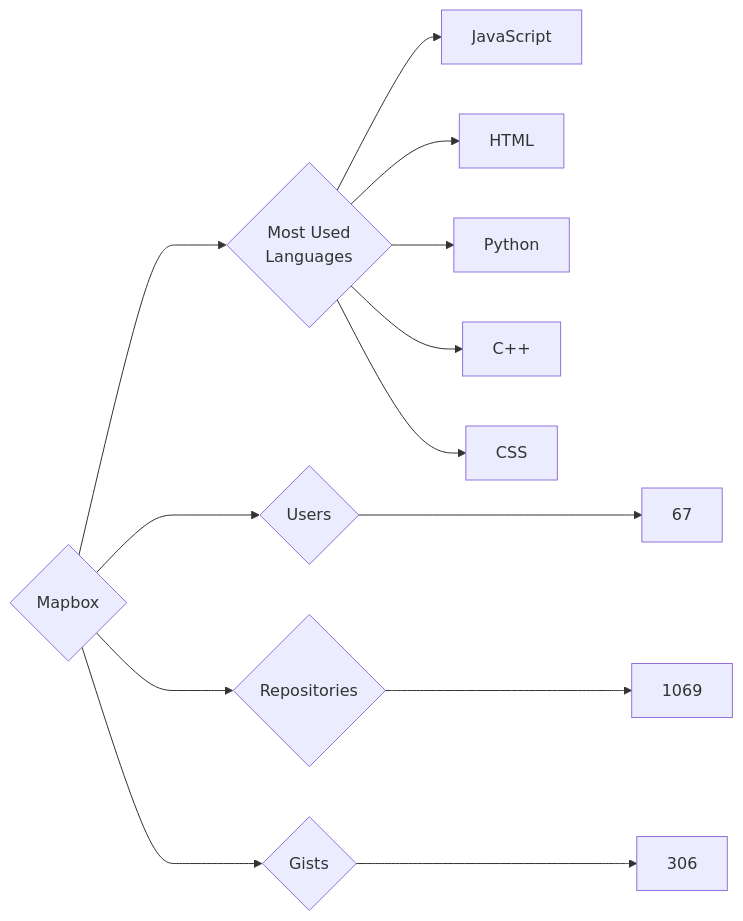
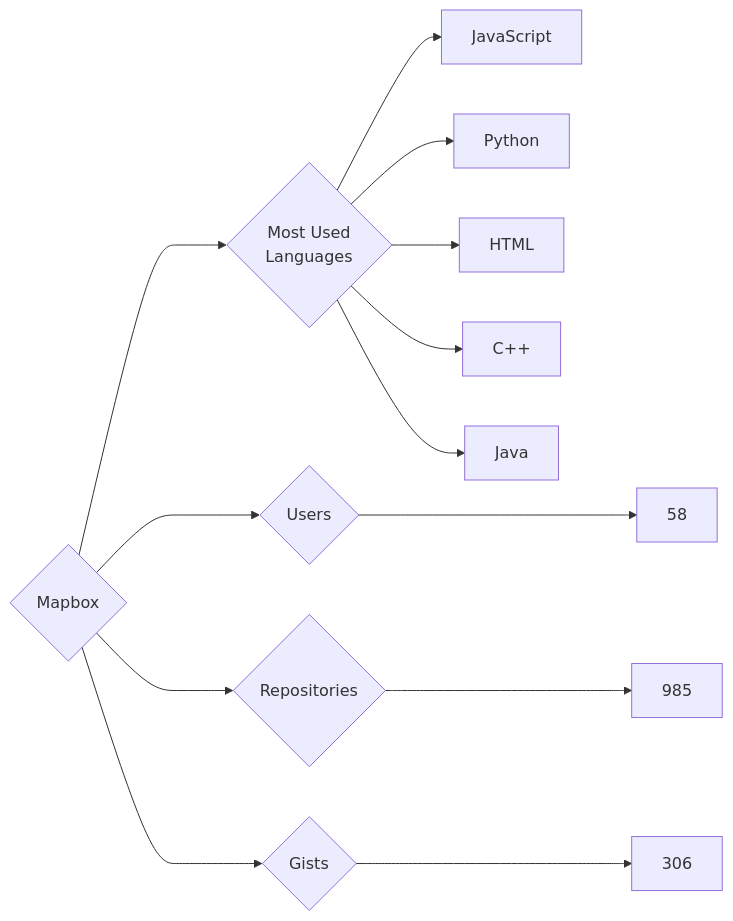
Before and after one commit to trickest/insiders: the diagram in targets/Mapbox/README.md, drawn with Mermaid. The commit also changed 965 other files, not shown here.

````diff
--- a/targets/Mapbox/README.md
+++ b/targets/Mapbox/README.md
@@ -3,13 +3,13 @@
 ```mermaid
 graph LR
 COMPANY_NAME{Mapbox}
-COMPANY_NAME ---> U{Users} ---> UN[67]
-COMPANY_NAME ---> R{Repositories} ---> RN[1069]
+COMPANY_NAME ---> U{Users} ---> UN[58]
+COMPANY_NAME ---> R{Repositories} ---> RN[985]
 COMPANY_NAME ---> G{Gists} ---> GN[306]
 COMPANY_NAME ---> ML{Most Used<br>Languages}
 ML --> JavaScript[JavaScript]
+ML --> Python[Python]
 ML --> HTML[HTML]
-ML --> Python[Python]
 ML --> C++[C++]
-ML --> CSS[CSS]
+ML --> Java[Java]
 ```
````
